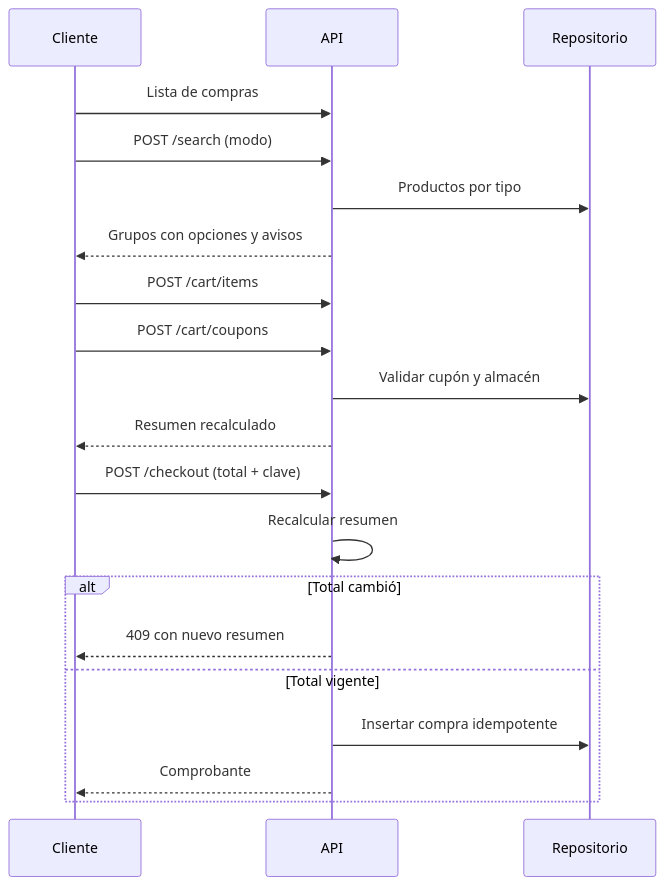
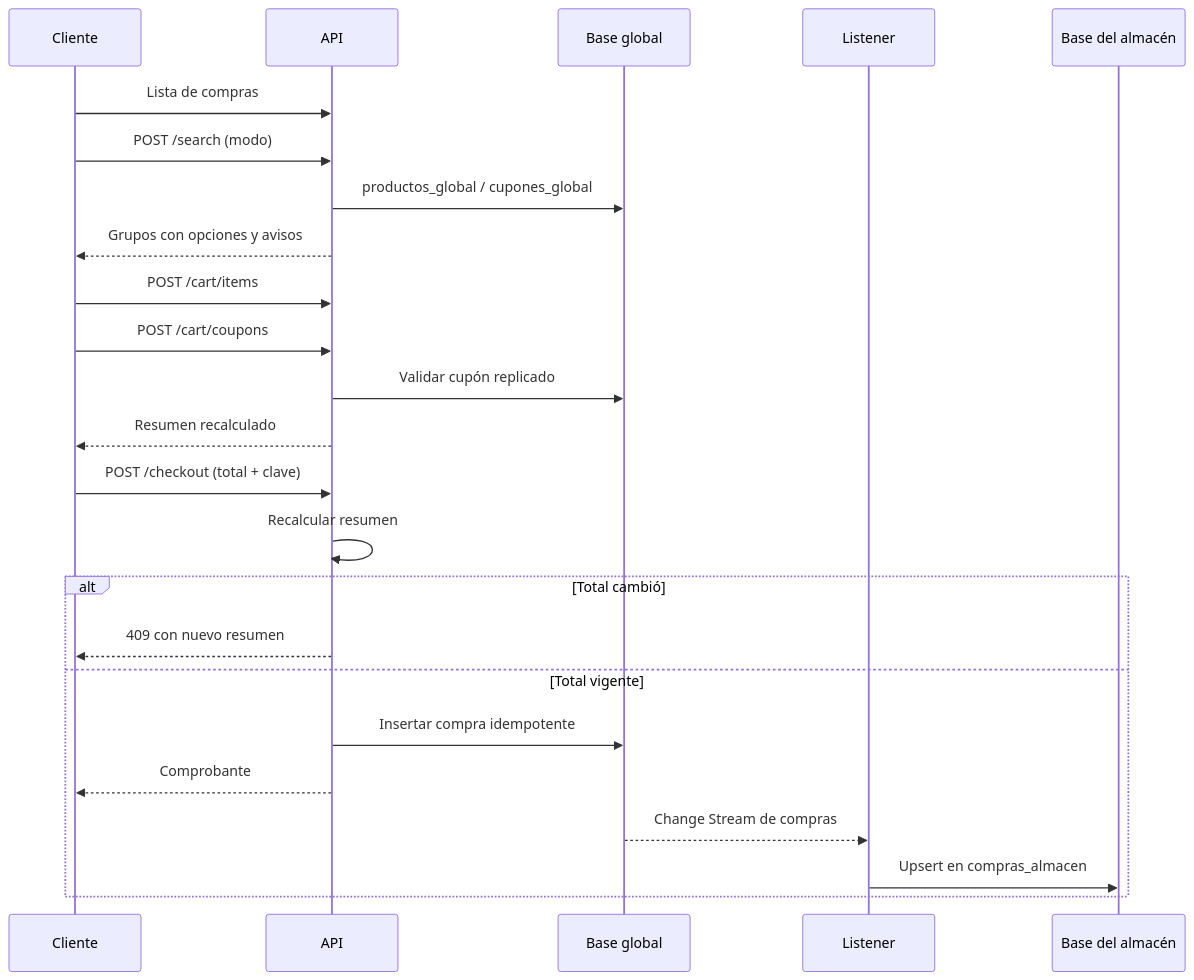
The second of 2 diagrams in docs/ARQUITECTURA.md (JimmyPiedrahita/asistente_compras), drawn with Mermaid before and after one commit. The commit also changed other lines of this file and 52 other files, not shown here.

````diff
--- a/docs/ARQUITECTURA.md
+++ b/docs/ARQUITECTURA.md
@@ -125,22 +292,26 @@
 ```mermaid
 sequenceDiagram
     participant C as Cliente
     participant A as API
-    participant R as Repositorio
+    participant G as Base global
+    participant L as Listener
+    participant W as Base del almacén
     C->>A: Lista de compras
     C->>A: POST /search (modo)
-    A->>R: Productos por tipo
+    A->>G: productos_global / cupones_global
     A-->>C: Grupos con opciones y avisos
     C->>A: POST /cart/items
     C->>A: POST /cart/coupons
-    A->>R: Validar cupón y almacén
+    A->>G: Validar cupón replicado
     A-->>C: Resumen recalculado
     C->>A: POST /checkout (total + clave)
     A->>A: Recalcular resumen
     alt Total cambió
         A-->>C: 409 con nuevo resumen
     else Total vigente
-        A->>R: Insertar compra idempotente
+        A->>G: Insertar compra idempotente
         A-->>C: Comprobante
+        G-->>L: Change Stream de compras
+        L->>W: Upsert en compras_almacen
     end
 ```
````
